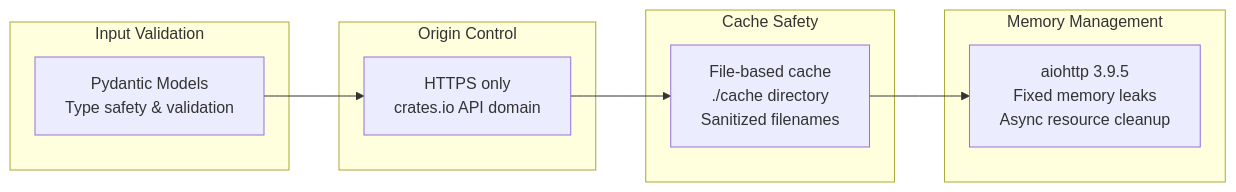
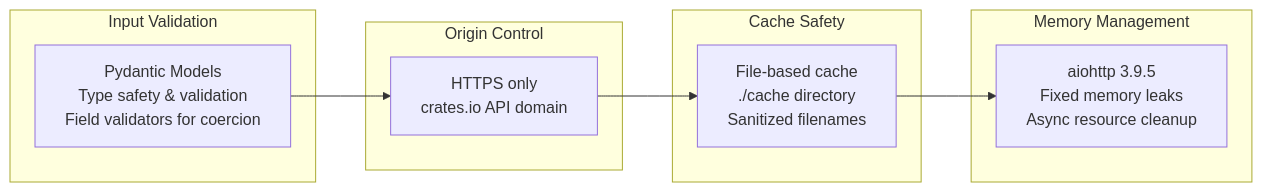
Before and after one commit to RimoVR/docsrs-mcp: diagram 12 of 13 in Architecture.md, drawn with Mermaid. The commit also changed other lines of this file and 3 other files, not shown here.

````diff
--- a/Architecture.md
+++ b/Architecture.md
@@ -513,22 +586,22 @@
 ```mermaid
 graph LR
     subgraph "Input Validation"
-        IV[Pydantic Models<br/>Type safety & validation]
+        IV[Pydantic Models<br/>Type safety & validation<br/>Field validators for coercion]
     end
     
     subgraph "Origin Control"
         OC[HTTPS only<br/>crates.io API domain]
     end
     
     subgraph "Cache Safety"
         CS[File-based cache<br/>./cache directory<br/>Sanitized filenames]
     end
     
     subgraph "Memory Management"
         MM[aiohttp 3.9.5<br/>Fixed memory leaks<br/>Async resource cleanup]
     end
     
     IV --> OC
     OC --> CS
     CS --> MM
 ```
````
